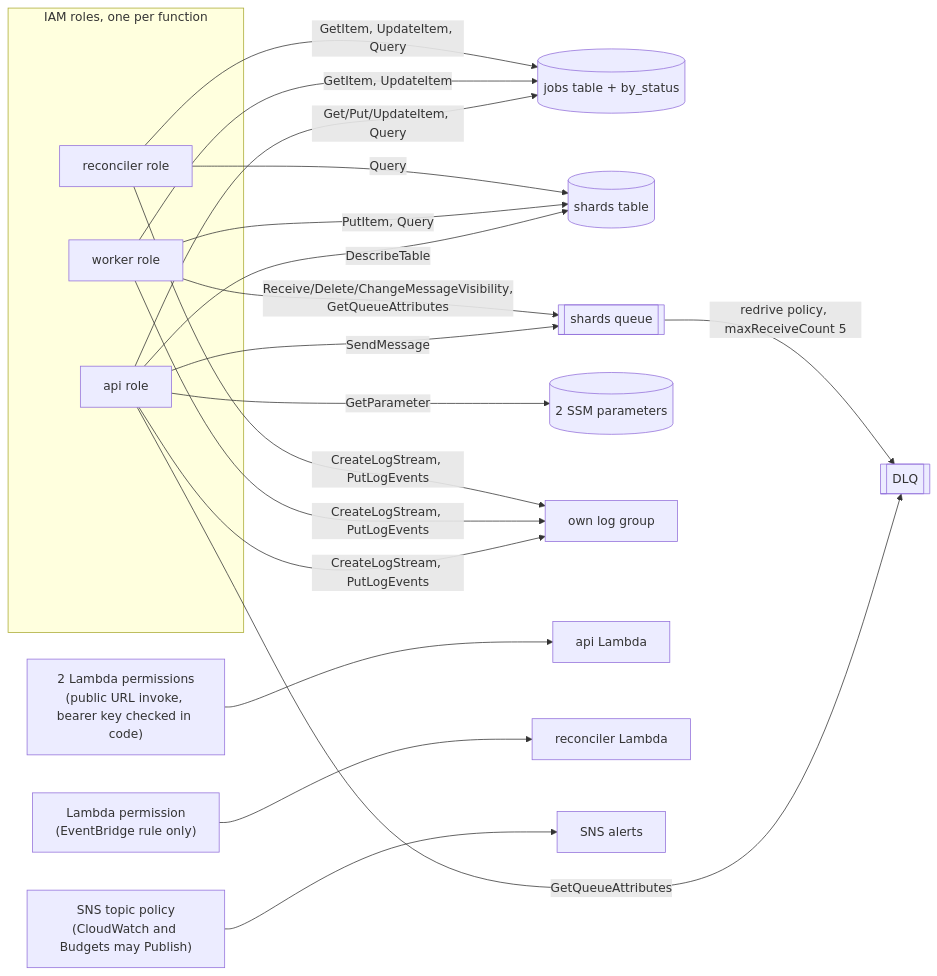
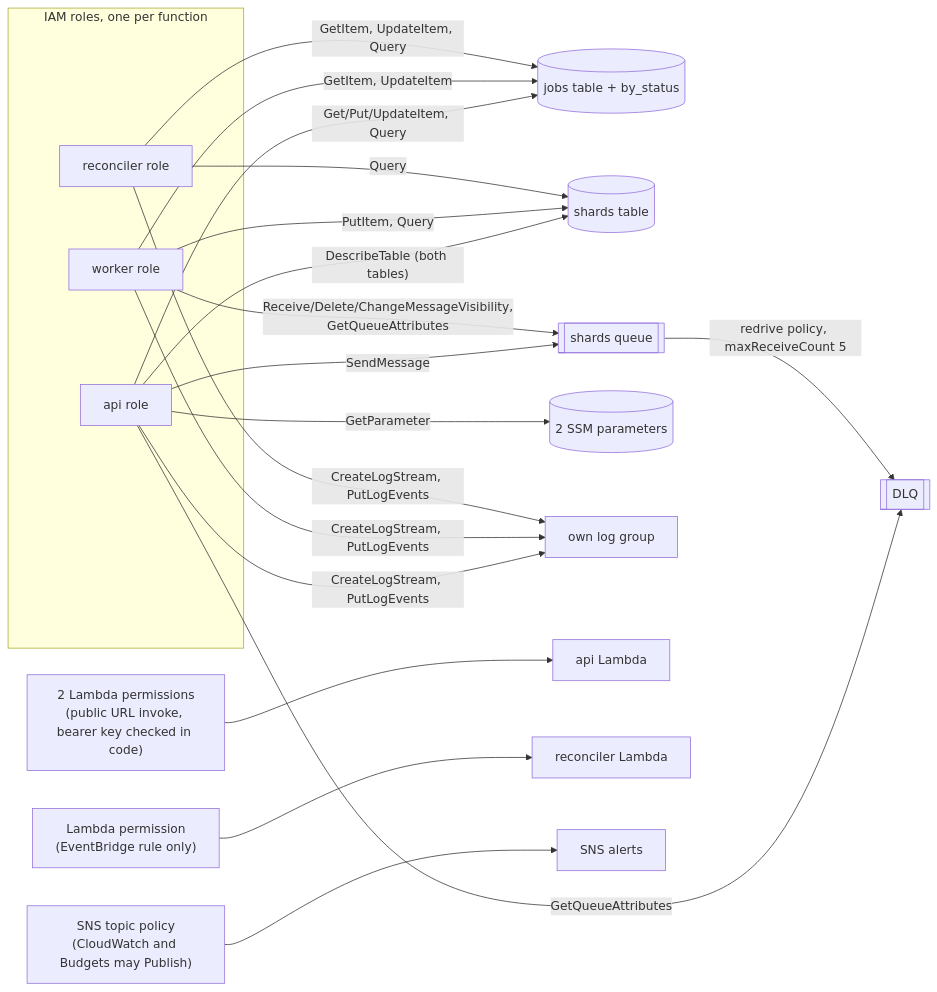
Before and after one commit to paawandesai/qrypt_quantum_monte_carlo: the second of 2 diagrams in README.md, drawn with Mermaid. The commit also changed other lines of this file and 5 other files, not shown here.

````diff
--- a/README.md
+++ b/README.md
@@ -84,23 +86,23 @@
 ```mermaid
 flowchart LR
   subgraph roles[IAM roles, one per function]
     rapi[api role]
     rw[worker role]
     rrec[reconciler role]
   end
   rapi -- "Get/Put/UpdateItem, Query" --> jobs[(jobs table + by_status)]
-  rapi -- "DescribeTable" --> shards[(shards table)]
+  rapi -- "DescribeTable (both tables)" --> shards[(shards table)]
   rapi -- "SendMessage" --> q[[shards queue]]
   rapi -- "GetQueueAttributes" --> dlq[[DLQ]]
   rapi -- "GetParameter" --> ssm[(2 SSM parameters)]
   rw -- "Receive/Delete/ChangeMessageVisibility,<br/>GetQueueAttributes" --> q
   rw -- "PutItem, Query" --> shards
   rw -- "GetItem, UpdateItem" --> jobs
   rrec -- "GetItem, UpdateItem, Query" --> jobs
   rrec -- "Query" --> shards
   rapi & rw & rrec -- "CreateLogStream, PutLogEvents" --> logs[own log group]
   urlperm["2 Lambda permissions<br/>(public URL invoke, bearer key checked in code)"] --> api[api Lambda]
   ebperm["Lambda permission<br/>(EventBridge rule only)"] --> rec[reconciler Lambda]
   q -- "redrive policy, maxReceiveCount 5" --> dlq
   topicpol["SNS topic policy<br/>(CloudWatch and Budgets may Publish)"] --> sns[SNS alerts]
 ```
````
